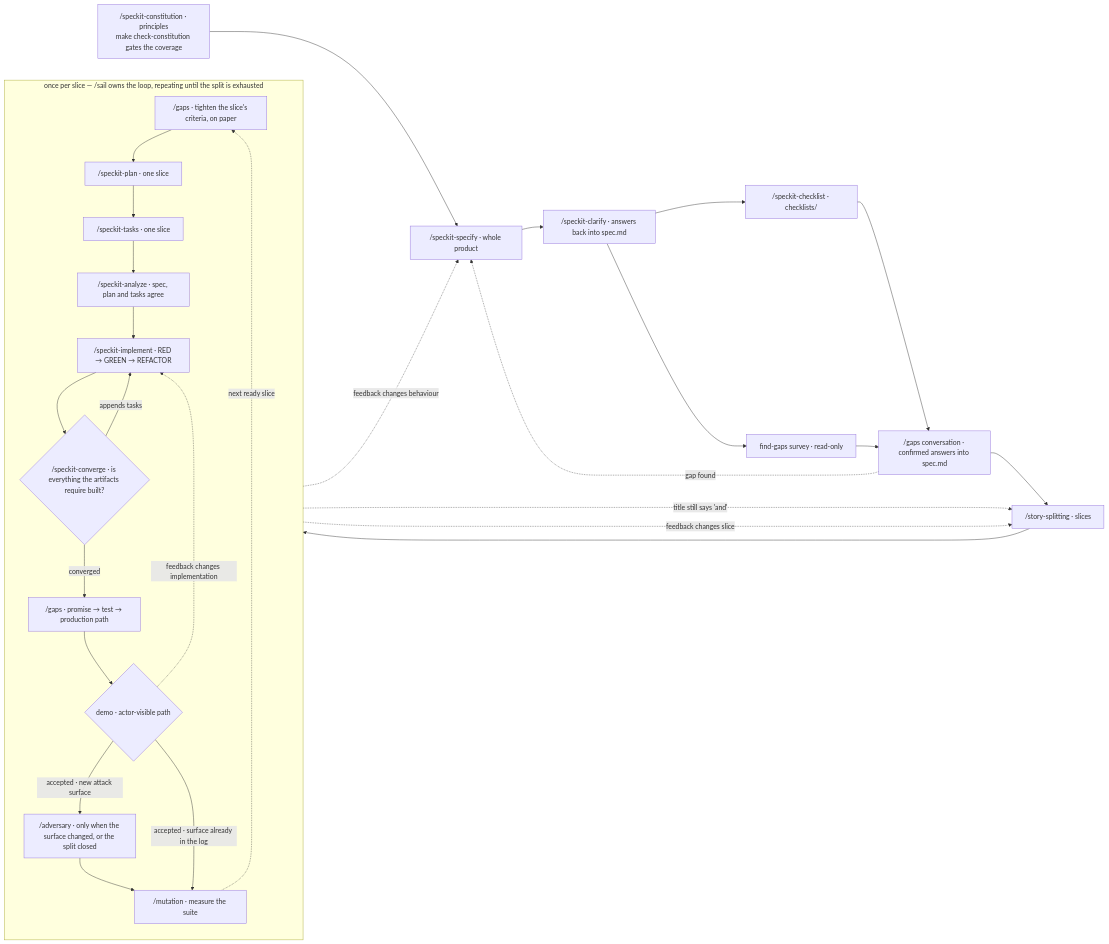
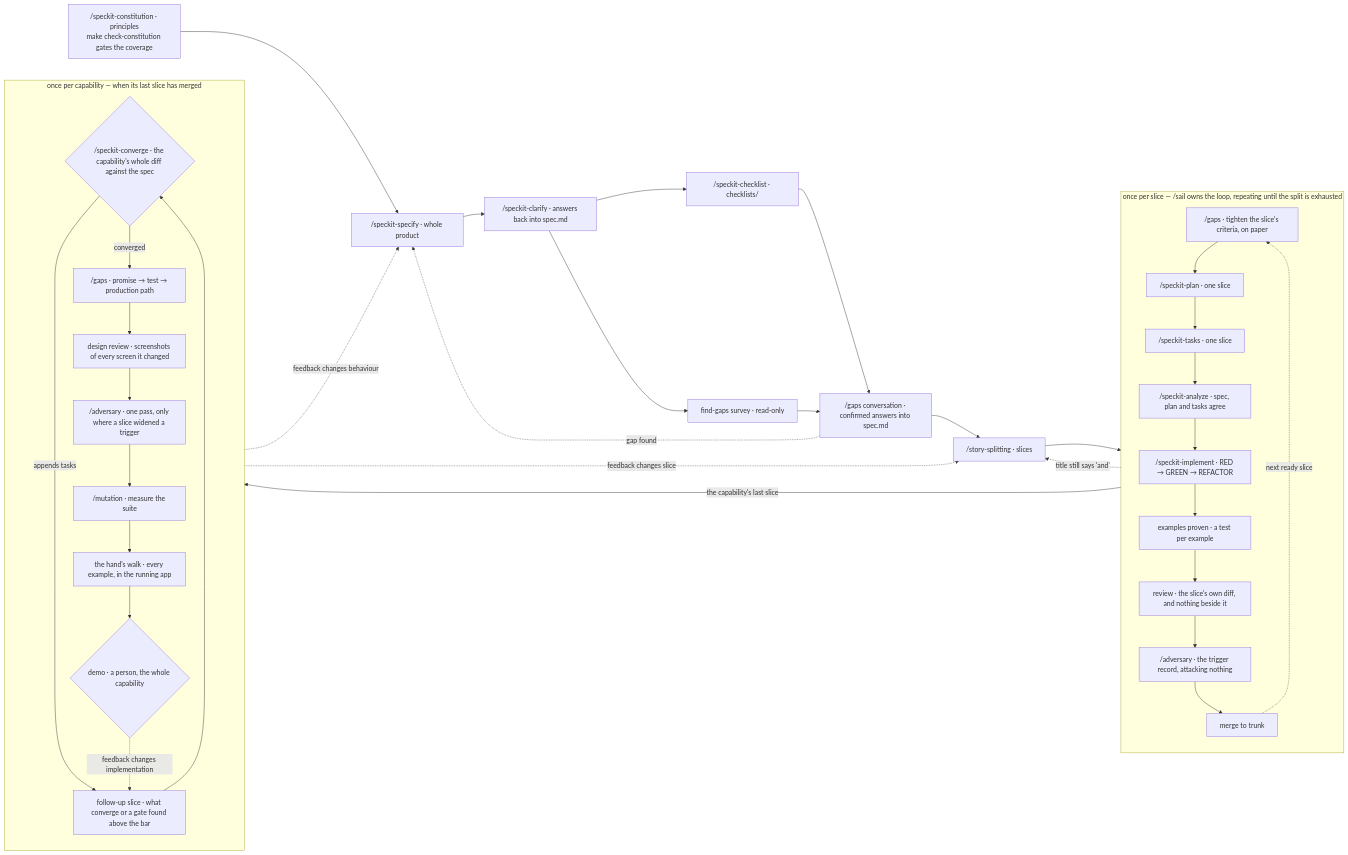
The second of 2 diagrams in assets/pages/docs/workflow.md (ROBCOATVG/slipwai), drawn with Mermaid before and after one commit. The commit also changed other lines of this file and 41 other files, not shown here.

First line of the commit message:
Converge and attack at the capability; scope a slice's reviews to its own diff

````diff
--- a/assets/pages/docs/workflow.md
+++ b/assets/pages/docs/workflow.md
@@ -53,41 +64,52 @@
 ```mermaid
 flowchart LR
   C["/speckit-constitution · principles<br/>make check-constitution gates the coverage"]
   S["/speckit-specify · whole product"]
   Q["/speckit-clarify · answers back into spec.md"]
   CK["/speckit-checklist · checklists/"]
   GS["find-gaps survey · read-only"]
   G["/gaps conversation · confirmed answers into spec.md"]
   SS["/story-splitting · slices"]
 
   subgraph loop["once per slice — /sail owns the loop, repeating until the split is exhausted"]
     direction TB
     SG["/gaps · tighten the slice's criteria, on paper"]
     P["/speckit-plan · one slice"]
     T["/speckit-tasks · one slice"]
     AN["/speckit-analyze · spec, plan and tasks agree"]
     I["/speckit-implement · RED → GREEN → REFACTOR"]
-    CV{"/speckit-converge · is everything the artifacts require built?"}
+    EX["examples proven · a test per example"]
+    R["review · the slice's own diff, and nothing beside it"]
+    TR["/adversary · the trigger record, attacking nothing"]
+    MG["merge to trunk"]
+    SG --> P --> T --> AN --> I --> EX --> R --> TR --> MG
+  end
+
+  subgraph gates["once per capability — when its last slice has merged"]
+    direction TB
+    CV{"/speckit-converge · the capability's whole diff against the spec"}
+    FS["follow-up slice · what converge or a gate found above the bar"]
     DG["/gaps · promise → test → production path"]
-    D{"demo · actor-visible path"}
-    A["/adversary · only when the surface changed, or the split closed"]
+    DR["design review · screenshots of every screen it changed"]
+    A["/adversary · one pass, only where a slice widened a trigger"]
     M["/mutation · measure the suite"]
-    SG --> P --> T --> AN --> I --> CV
-    CV -->|"appends tasks"| I
-    CV -->|"converged"| DG --> D
-    D -->|"accepted · new attack surface"| A --> M
-    D -->|"accepted · surface already in the log"| M
-    D -.->|"feedback changes implementation"| I
+    H["the hand's walk · every example, in the running app"]
+    D{"demo · a person, the whole capability"}
+    CV -->|"appends tasks"| FS --> CV
+    CV -->|"converged"| DG --> DR --> A --> M --> H --> D
   end
+
+  MG -->|"the capability's last slice"| CV
+  D -.->|"feedback changes implementation"| FS
 
   C --> S --> Q
   Q --> CK --> G
   Q --> GS --> G
   G --> SS --> SG
 
   G -.->|"gap found"| S
   P -.->|"title still says 'and'"| SS
-  M -.->|"next ready slice"| SG
+  MG -.->|"next ready slice"| SG
   D -.->|"feedback changes slice"| SS
   D -.->|"feedback changes behaviour"| S
 ```
````
